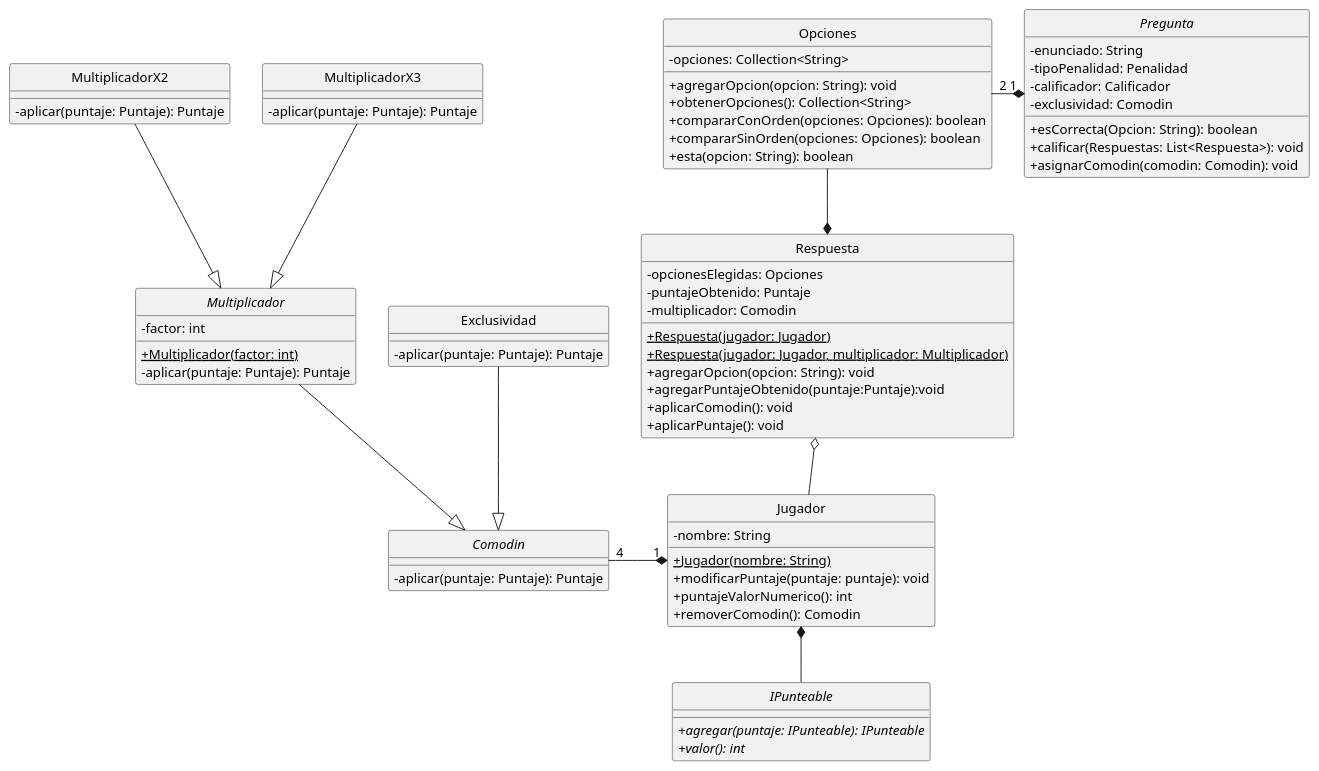
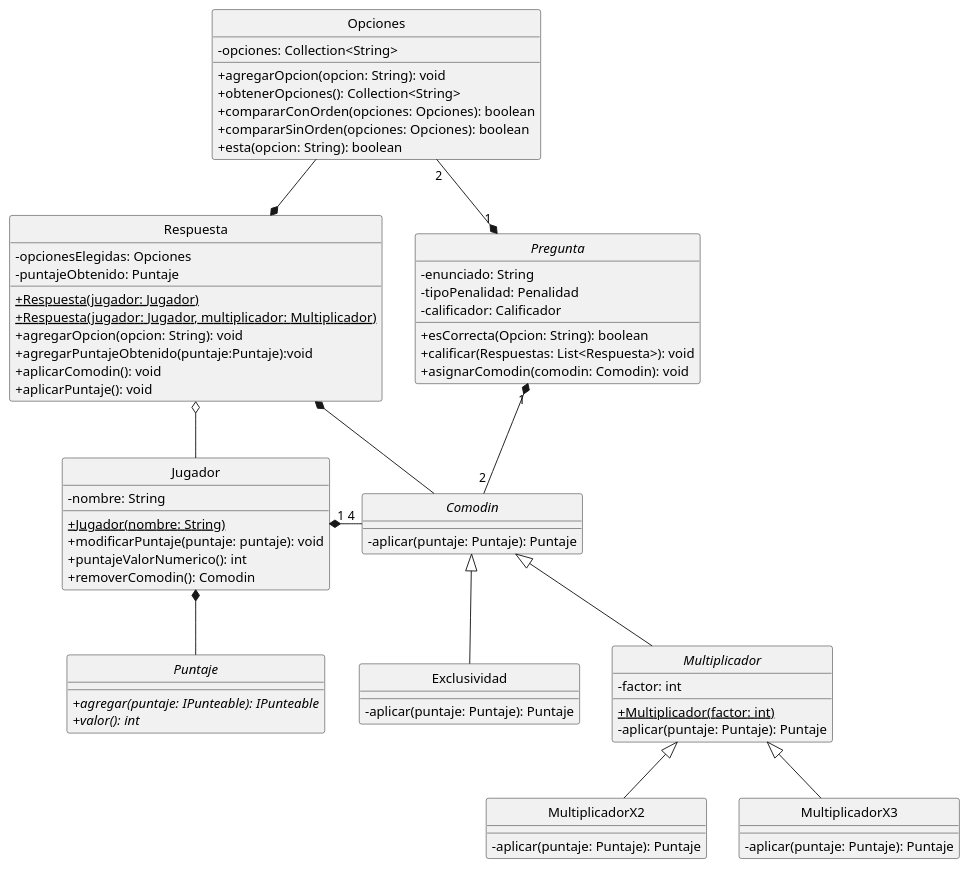
One commit to Alex1161/TP2 changed the diagram in src/main/java/edu/fiuba/algo3/Diagramas/puml/Comodines.puml. Above: the diagram before and after it, drawn with PlantUML.

Commit message:
Terminando DC de comodines

```diff
--- a/src/main/java/edu/fiuba/algo3/Diagramas/puml/Comodines.puml
+++ b/src/main/java/edu/fiuba/algo3/Diagramas/puml/Comodines.puml
@@ -1,85 +1,85 @@
 @startuml
 hide circle
 skinparam classAttributeIconSize 0
 
 'Clases
 Class Opciones{
     -opciones: Collection<String>
     +agregarOpcion(opcion: String): void
     +obtenerOpciones(): Collection<String>
     +compararConOrden(opciones: Opciones): boolean
     +compararSinOrden(opciones: Opciones): boolean
     +esta(opcion: String): boolean
 }
 
 Abstract Class Pregunta{
     -enunciado: String
     -tipoPenalidad: Penalidad
     -calificador: Calificador
-    -exclusividad: Comodin
     +esCorrecta(Opcion: String): boolean
     +calificar(Respuestas: List<Respuesta>): void
     +asignarComodin(comodin: Comodin): void
 }
 
 Class Respuesta{
     -opcionesElegidas: Opciones
     -puntajeObtenido: Puntaje
-    -multiplicador: Comodin
     +{static}Respuesta(jugador: Jugador)
     +{static}Respuesta(jugador: Jugador, multiplicador: Multiplicador)
     +agregarOpcion(opcion: String): void
     +agregarPuntajeObtenido(puntaje:Puntaje):void
     +aplicarComodin(): void
     +aplicarPuntaje(): void
 }
 
 Class Jugador{
     -nombre: String
     +{Static}Jugador(nombre: String)
     +modificarPuntaje(puntaje: puntaje): void
     +puntajeValorNumerico(): int
     +removerComodin(): Comodin
 }
 
-Interface IPunteable{
+Interface Puntaje{
     +{abstract}agregar(puntaje: IPunteable): IPunteable
     +{abstract}valor(): int
 }
 
 Abstract Multiplicador{
     -factor: int
     +{static}Multiplicador(factor: int)
     -aplicar(puntaje: Puntaje): Puntaje
 }
 
 Interface Comodin{
     -aplicar(puntaje: Puntaje): Puntaje
 }
 
 Class Exclusividad{
     -aplicar(puntaje: Puntaje): Puntaje
 }
 
 Class MultiplicadorX2{
     -aplicar(puntaje: Puntaje): Puntaje
 }
 
 Class MultiplicadorX3{
     -aplicar(puntaje: Puntaje): Puntaje
 }
 
 'Relaciones
 Respuesta o-- Jugador
 Pregunta "1" *-left- "2" Opciones
+Pregunta "1" *-- "2" Comodin
 Respuesta *-up- Opciones
+Respuesta *-- Comodin
 
-Jugador *-- IPunteable
+Jugador *-- Puntaje
 
-Jugador "1" *-left- "4" Comodin
-Multiplicador --|> Comodin
-Exclusividad --|> Comodin
-MultiplicadorX2 --|> Multiplicador
-MultiplicadorX3 --|> Multiplicador
+Jugador "1" *-right- "4" Comodin
+Multiplicador -up-|> Comodin
+Exclusividad -up-|> Comodin
+MultiplicadorX2 -up-|> Multiplicador
+MultiplicadorX3 -up-|> Multiplicador
 
 @enduml
```
